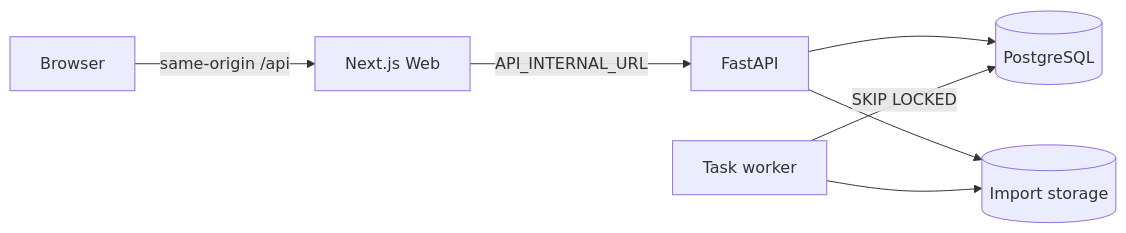
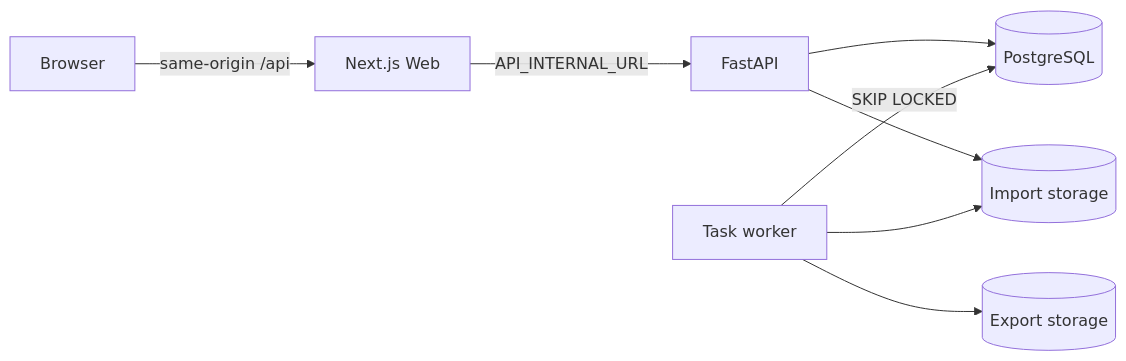
The diagram in docs/architecture.md (foolkking/chat-reader), drawn with Mermaid before and after one commit. The commit also changed other lines of this file and 57 other files, not shown here.

````diff
--- a/docs/architecture.md
+++ b/docs/architecture.md
@@ -5,9 +5,10 @@
 ```mermaid
 flowchart LR
   B[Browser] -->|same-origin /api| W[Next.js Web]
   W -->|API_INTERNAL_URL| A[FastAPI]
   A --> P[(PostgreSQL)]
   A --> S[(Import storage)]
   Q[Task worker] -->|SKIP LOCKED| P
   Q --> S
+  Q --> E[(Export storage)]
 ```
````
